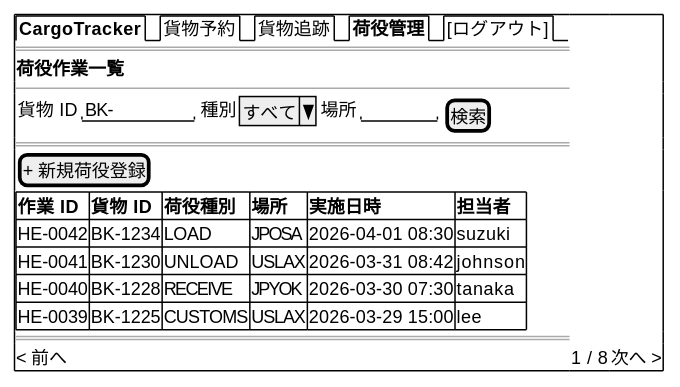
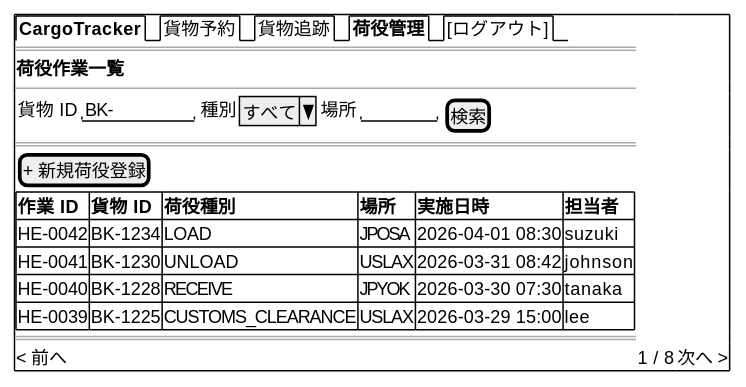
One commit to k2works/case-study-cargo-tracker changed diagram 12 of 19 in docs/design/ui_design.md. Above: the diagram before and after it, drawn with PlantUML. The commit also changed other lines of this file and 8 other files, not shown here.

````diff
--- a/docs/design/ui_design.md
+++ b/docs/design/ui_design.md
@@ -703,24 +713,24 @@
 ```plantuml
 @startsalt
 {+
   {/ <b>CargoTracker</b> | 貨物予約 | 貨物追跡 | <b>荷役管理</b> | [ログアウト] }
   ==
   <b>荷役作業一覧</b>
   --
   {
     貨物 ID | "BK-      " | 種別 | ^すべて^ | 場所 | "      " | [検索]
   }
   ==
   [+ 新規荷役登録]
   {#
     **作業 ID** | **貨物 ID** | **荷役種別** | **場所** | **実施日時**        | **担当者**
     HE-0042     | BK-1234     | LOAD         | JPOSA    | 2026-04-01 08:30    | suzuki
     HE-0041     | BK-1230     | UNLOAD       | USLAX    | 2026-03-31 08:42    | johnson
     HE-0040     | BK-1228     | RECEIVE      | JPYOK    | 2026-03-30 07:30    | tanaka
-    HE-0039     | BK-1225     | CUSTOMS      | USLAX    | 2026-03-29 15:00    | lee
+    HE-0039     | BK-1225     | CUSTOMS_CLEARANCE | USLAX | 2026-03-29 15:00    | lee
   }
   ==
   < 前へ | 1 / 8 | 次へ >
 }
 @endsalt
 ```
````
